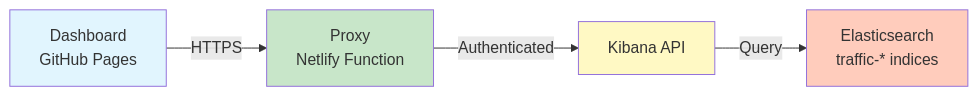
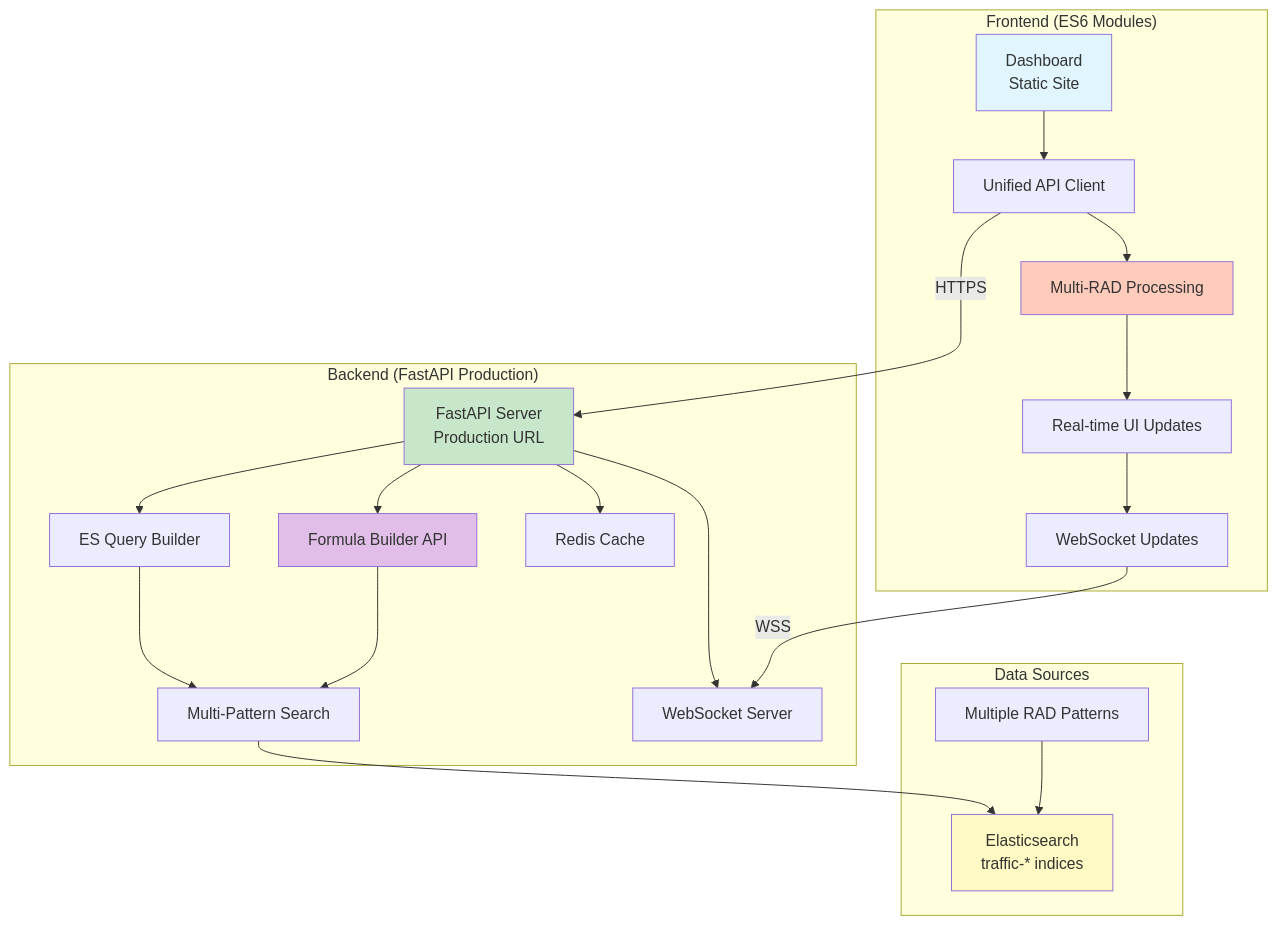
Before and after one commit to gitbasheer/radmonitor: the first of 2 diagrams in README.md, drawn with Mermaid. The commit also changed other lines of this file and 253 other files, not shown here.

````diff
--- a/README.md
+++ b/README.md
@@ -13,11 +26,34 @@
 ```mermaid
-graph LR
-    A[Dashboard<br/>GitHub Pages] -->|HTTPS| B[Proxy<br/>Netlify Function]
-    B -->|Authenticated| C[Kibana API]
-    C -->|Query| D[Elasticsearch<br/>traffic-* indices]
+graph TB
+    subgraph "Frontend (ES6 Modules)"
+        A[Dashboard<br/>Static Site] --> B[Unified API Client]
+        B --> C[Multi-RAD Processing]
+        C --> D[Real-time UI Updates]
+        D --> WS[WebSocket Updates]
+    end
+
+    subgraph "Backend (FastAPI Production)"
+        E[FastAPI Server<br/>Production URL] --> F[ES Query Builder]
+        F --> G[Multi-Pattern Search]
+        E --> FM[Formula Builder API]
+        E --> WSS[WebSocket Server]
+        E --> CACHE[Redis Cache]
+    end
+
+    subgraph "Data Sources"
+        H[Elasticsearch<br/>traffic-* indices]
+        I[Multiple RAD Patterns]
+    end
+
+    B -->|HTTPS| E
+    WS -->|WSS| WSS
+    G --> H
+    I --> H
+    FM --> G
 
     style A fill:#e1f5fe
-    style B fill:#c8e6c9
-    style C fill:#fff9c4
-    style D fill:#ffccbc
+    style E fill:#c8e6c9
+    style H fill:#fff9c4
+    style C fill:#ffccbc
+    style FM fill:#e1bee7
 ```
````
